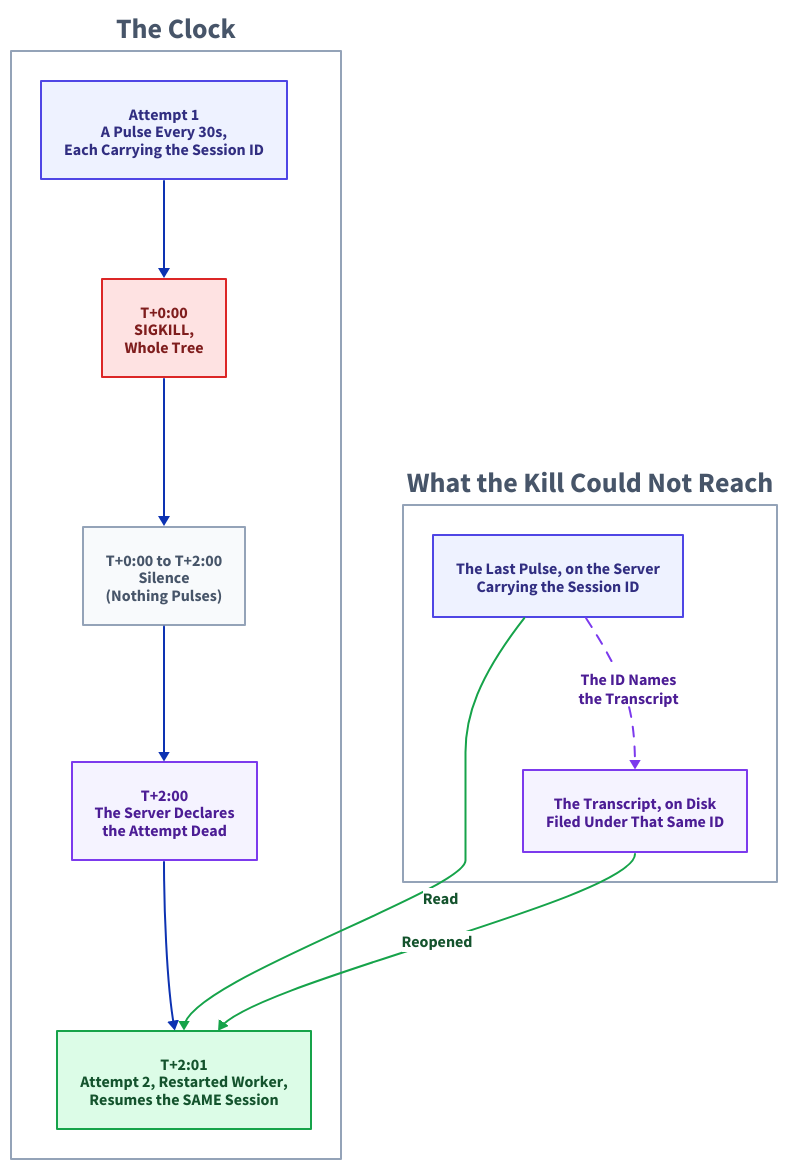
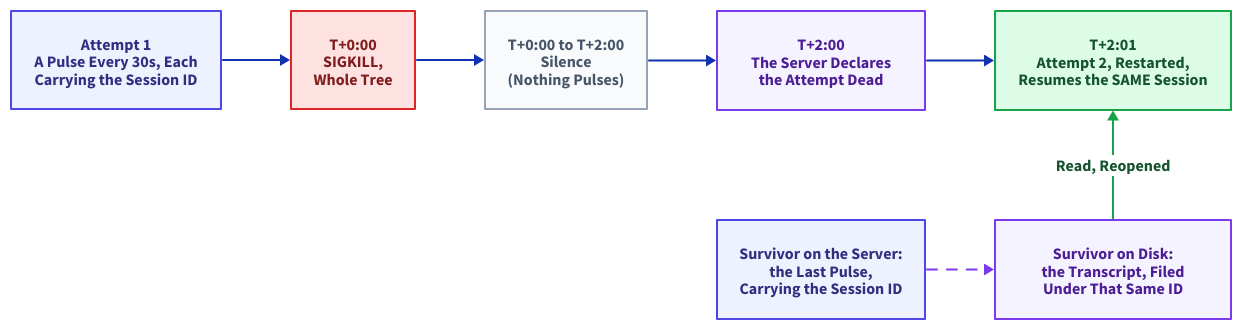
Before and after one commit to thumarrushik/crash-proof-team-of-coding-agents: the diagram in assets/diagram-src/two-silent-minutes.d2, drawn with D2. The commit also changed 2 other files, not shown here.

Commit message:
Two Silent Minutes redrawn as a print-friendly strip: horizontal clock, survivors bottom-right, no more mostly-blank PDF page

```diff
--- a/assets/diagram-src/two-silent-minutes.d2
+++ b/assets/diagram-src/two-silent-minutes.d2
@@ -1,45 +1,38 @@
 # The resurrection on a clock, plus the two things the kill could not reach.
-# Merges the old heartbeat strip and what-survives into one image.
-clock: "The Clock" {
-  direction: right
-  horizontal-gap: 90
-  style: {fill: "#ffffff"; stroke: "#94a3b8"; font-color: "#475569"; bold: true}
-  a1: "Attempt 1\nA Pulse Every 30s,\nEach Carrying the Session ID" {
-    style: {fill: "#eef2ff"; stroke: "#4f46e5"; font-color: "#312e81"; bold: true}
-  }
-  kill: "T+0:00\nSIGKILL,\nWhole Tree" {
-    style: {fill: "#fee2e2"; stroke: "#dc2626"; font-color: "#7f1d1d"; bold: true}
-  }
-  silence: "T+0:00 to T+2:00\nSilence\n(Nothing Pulses)" {
-    style: {fill: "#f8fafc"; stroke: "#94a3b8"; font-color: "#475569"; bold: true}
-  }
-  dead: "T+2:00\nThe Server Declares\nthe Attempt Dead" {
-    style: {fill: "#f5f3ff"; stroke: "#7c3aed"; font-color: "#4c1d95"; bold: true}
-  }
-  a2: "T+2:01\nAttempt 2, Restarted Worker,\nResumes the SAME Session" {
-    style: {fill: "#dcfce7"; stroke: "#16a34a"; font-color: "#14532d"; bold: true}
-  }
-  a1 -> kill -> silence -> dead -> a2
+# Comic-strip grid (column-major fill): top row the clock, bottom-right the survivors.
+grid-columns: 5
+horizontal-gap: 70
+vertical-gap: 110
+
+a1: "Attempt 1\nA Pulse Every 30s, Each\nCarrying the Session ID" {
+  style: {fill: "#eef2ff"; stroke: "#4f46e5"; font-color: "#312e81"; bold: true}
+}
+sp1: "" {style: {opacity: 0}}
+kill: "T+0:00\nSIGKILL,\nWhole Tree" {
+  style: {fill: "#fee2e2"; stroke: "#dc2626"; font-color: "#7f1d1d"; bold: true}
+}
+sp2: "" {style: {opacity: 0}}
+silence: "T+0:00 to T+2:00\nSilence\n(Nothing Pulses)" {
+  style: {fill: "#f8fafc"; stroke: "#94a3b8"; font-color: "#475569"; bold: true}
+}
+sp3: "" {style: {opacity: 0}}
+dead: "T+2:00\nThe Server Declares\nthe Attempt Dead" {
+  style: {fill: "#f5f3ff"; stroke: "#7c3aed"; font-color: "#4c1d95"; bold: true}
+}
+pulse: "Survivor on the Server:\nthe Last Pulse,\nCarrying the Session ID" {
+  style: {fill: "#eef2ff"; stroke: "#4f46e5"; font-color: "#312e81"; bold: true}
+}
+a2: "T+2:01\nAttempt 2, Restarted,\nResumes the SAME Session" {
+  style: {fill: "#dcfce7"; stroke: "#16a34a"; font-color: "#14532d"; bold: true}
+}
+transcript: "Survivor on Disk:\nthe Transcript, Filed\nUnder That Same ID" {
+  style: {fill: "#f5f3ff"; stroke: "#7c3aed"; font-color: "#4c1d95"; bold: true}
 }
 
-survivors: "What the Kill Could Not Reach" {
-  direction: right
-  horizontal-gap: 220
-  style: {fill: "#ffffff"; stroke: "#94a3b8"; font-color: "#475569"; bold: true}
-  pulse: "The Last Pulse, on the Server\nCarrying the Session ID" {
-    style: {fill: "#eef2ff"; stroke: "#4f46e5"; font-color: "#312e81"; bold: true}
-  }
-  transcript: "The Transcript, on Disk\nFiled Under That Same ID" {
-    style: {fill: "#f5f3ff"; stroke: "#7c3aed"; font-color: "#4c1d95"; bold: true}
-  }
-  pulse -> transcript: "The ID Names\nthe Transcript" {
-    style: {stroke-dash: 5; stroke: "#7c3aed"; font-color: "#4c1d95"; bold: true}
-  }
+a1 -> kill -> silence -> dead -> a2
+pulse -> transcript: {
+  style: {stroke-dash: 5; stroke: "#7c3aed"; bold: true}
 }
-
-survivors.pulse -> clock.a2: "Read" {
+transcript -> a2: "Read, Reopened" {
   style: {stroke: "#16a34a"; font-color: "#14532d"; bold: true}
 }
-survivors.transcript -> clock.a2: "Reopened" {
-  style: {stroke: "#16a34a"; font-color: "#14532d"; bold: true}
-}
```
